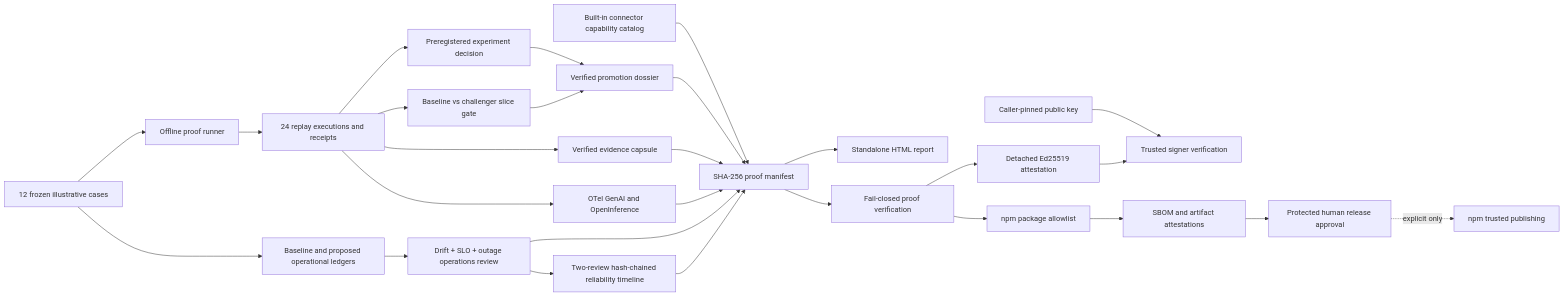
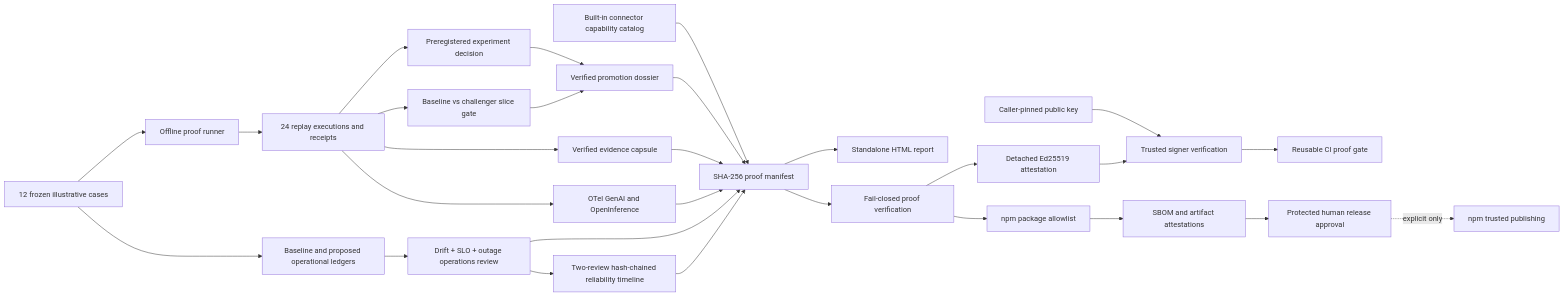
Before and after one commit to abhid1234/AgentRoute: the second of 2 diagrams in docs/architecture.md, drawn with Mermaid. The commit also changed other lines of this file and 5 other files, not shown here.

````diff
--- a/docs/architecture.md
+++ b/docs/architecture.md
@@ -163,29 +163,30 @@
 ```mermaid
 flowchart LR
   CASES[12 frozen illustrative cases] --> RUN[Offline proof runner]
   RUN --> RECEIPTS[24 replay executions and receipts]
   CASES --> OPLEDGERS[Baseline and proposed operational ledgers]
   RECEIPTS --> DECISION[Preregistered experiment decision]
   RECEIPTS --> GATE[Baseline vs challenger slice gate]
   DECISION --> DOSSIER[Verified promotion dossier]
   GATE --> DOSSIER
   RECEIPTS --> CAPSULE[Verified evidence capsule]
   RECEIPTS --> EXPORTS[OTel GenAI and OpenInference]
   OPLEDGERS --> OPS[Drift + SLO + outage operations review]
   OPS --> HISTORY[Two-review hash-chained reliability timeline]
   CATALOG[Built-in connector capability catalog] --> MANIFEST
   DOSSIER --> MANIFEST[SHA-256 proof manifest]
   CAPSULE --> MANIFEST
   EXPORTS --> MANIFEST
   OPS --> MANIFEST
   HISTORY --> MANIFEST
   MANIFEST --> REPORT[Standalone HTML report]
   MANIFEST --> VERIFY[Fail-closed proof verification]
   VERIFY --> SIGN[Detached Ed25519 attestation]
   PUBKEY[Caller-pinned public key] --> TRUST[Trusted signer verification]
   SIGN --> TRUST
+  TRUST --> CIACTION[Reusable CI proof gate]
   VERIFY --> PACK[npm package allowlist]
   PACK --> SUPPLY[SBOM and artifact attestations]
   SUPPLY --> APPROVAL[Protected human release approval]
   APPROVAL -. explicit only .-> NPM[npm trusted publishing]
 ```
````
